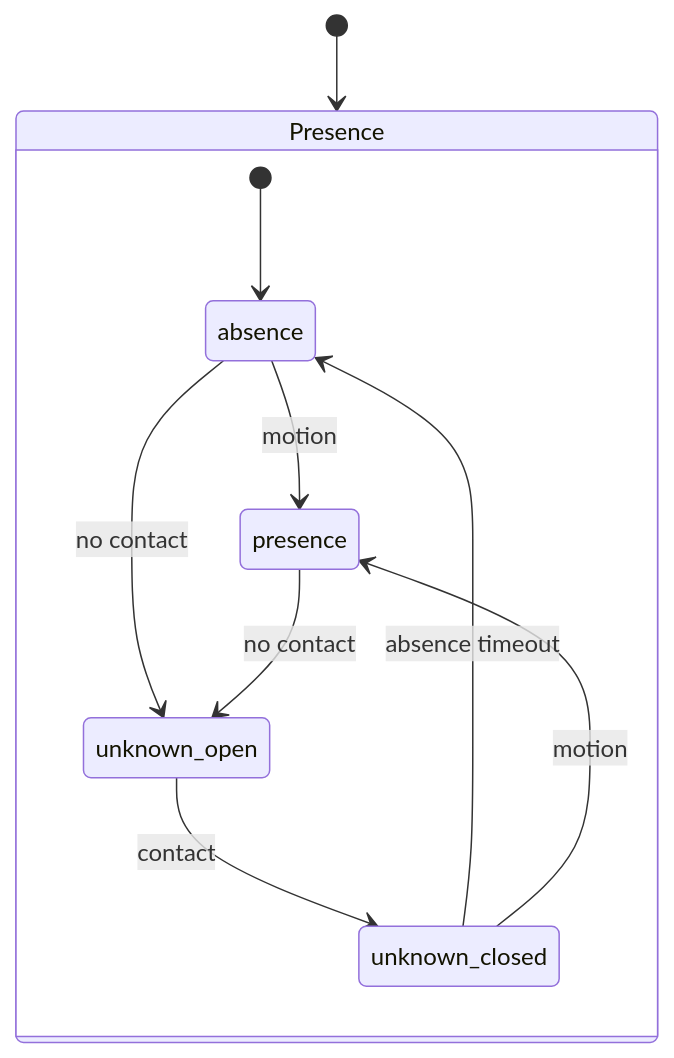
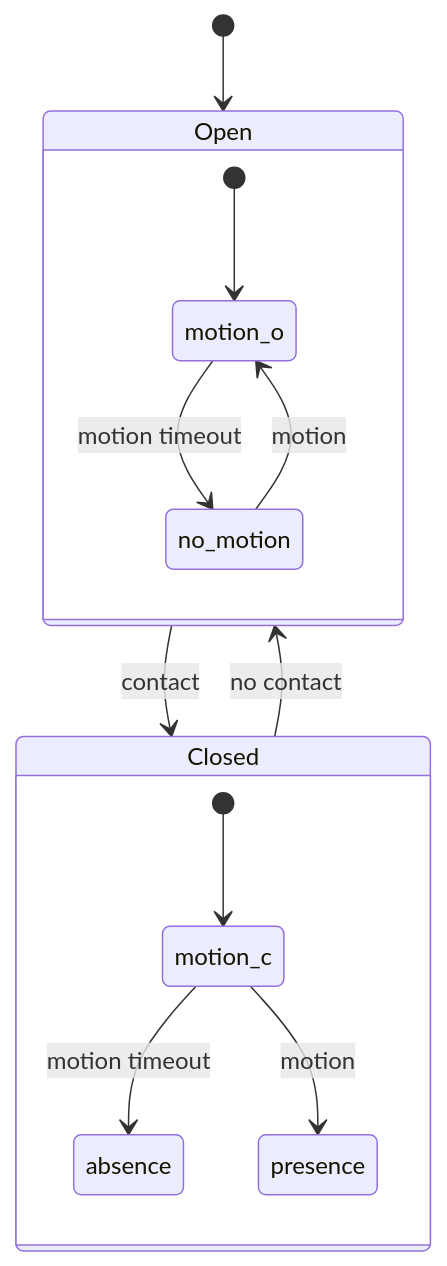
One commit to hurenkam/node-red-hue-behavior changed the diagram in src/nodes/presence/design.md. Above: the diagram before and after it, drawn with Mermaid. The commit also changed other lines of this file, not shown here.

Commit message:
updated state diagram

````diff
--- a/src/nodes/presence/design.md
+++ b/src/nodes/presence/design.md
@@ -7,13 +7,16 @@
 ```mermaid
 stateDiagram-v2
-  [*] --> Presence
-  state Presence {
-    [*] --> absence
-    absence --> presence: motion
-    absence --> unknown_open: no contact
-    presence --> unknown_open: no contact
-    unknown_open --> unknown_closed: contact
-    unknown_closed --> absence: absence timeout
-    unknown_closed --> presence: motion
+  [*] --> Open
+  Open --> Closed: contact
+  Closed --> Open: no contact
+  state Open {
+    [*] --> motion_o
+    motion_o --> no_motion: motion timeout
+    no_motion --> motion_o: motion
+  }
+  state Closed {
+    [*] --> motion_c
+    motion_c --> absence: motion timeout
+    motion_c --> presence: motion
   }
 ```
````
